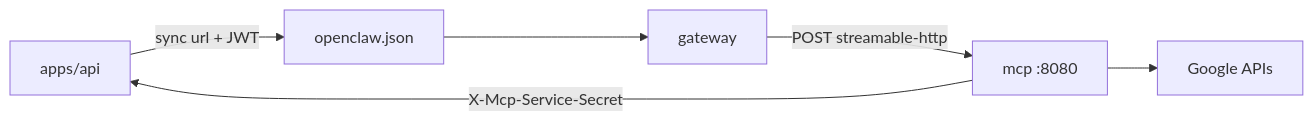
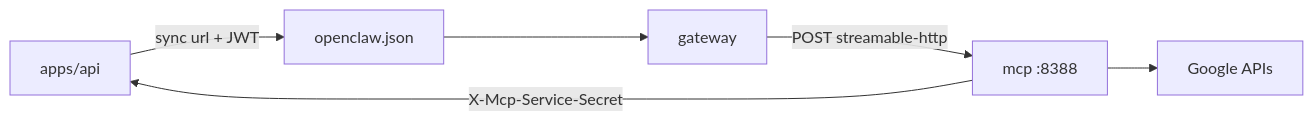
Before and after one commit to mankhb2k/claw-dashboard: the fifth of 11 diagrams in aucobot/docs/monorepo-diagram.md, drawn with Mermaid. The commit also changed 418 other files, not shown here.

````diff
--- a/aucobot/docs/monorepo-diagram.md
+++ b/aucobot/docs/monorepo-diagram.md
@@ -184,8 +184,8 @@
 ```mermaid
 flowchart LR
   API[apps/api] -->|sync url + JWT| VOL[openclaw.json]
   VOL --> GW[gateway]
-  GW -->|POST streamable-http| MCP[mcp :8080]
+  GW -->|POST streamable-http| MCP[mcp :8388]
   MCP -->|X-Mcp-Service-Secret| API
   MCP --> GOOG[Google APIs]
 ```
````
